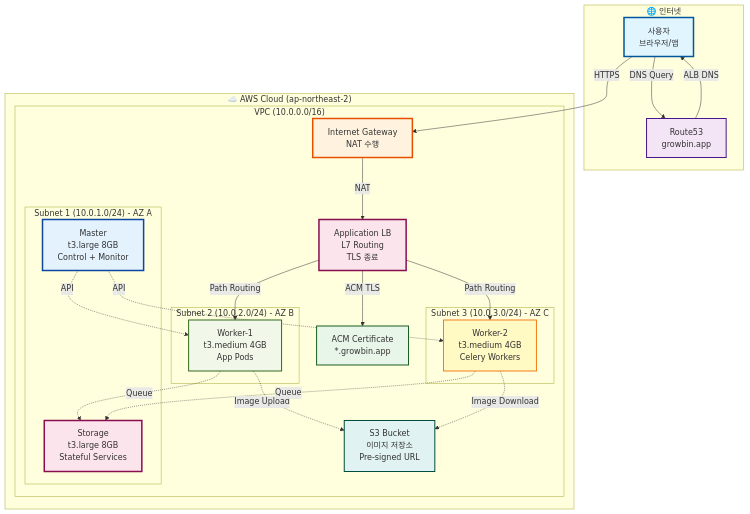
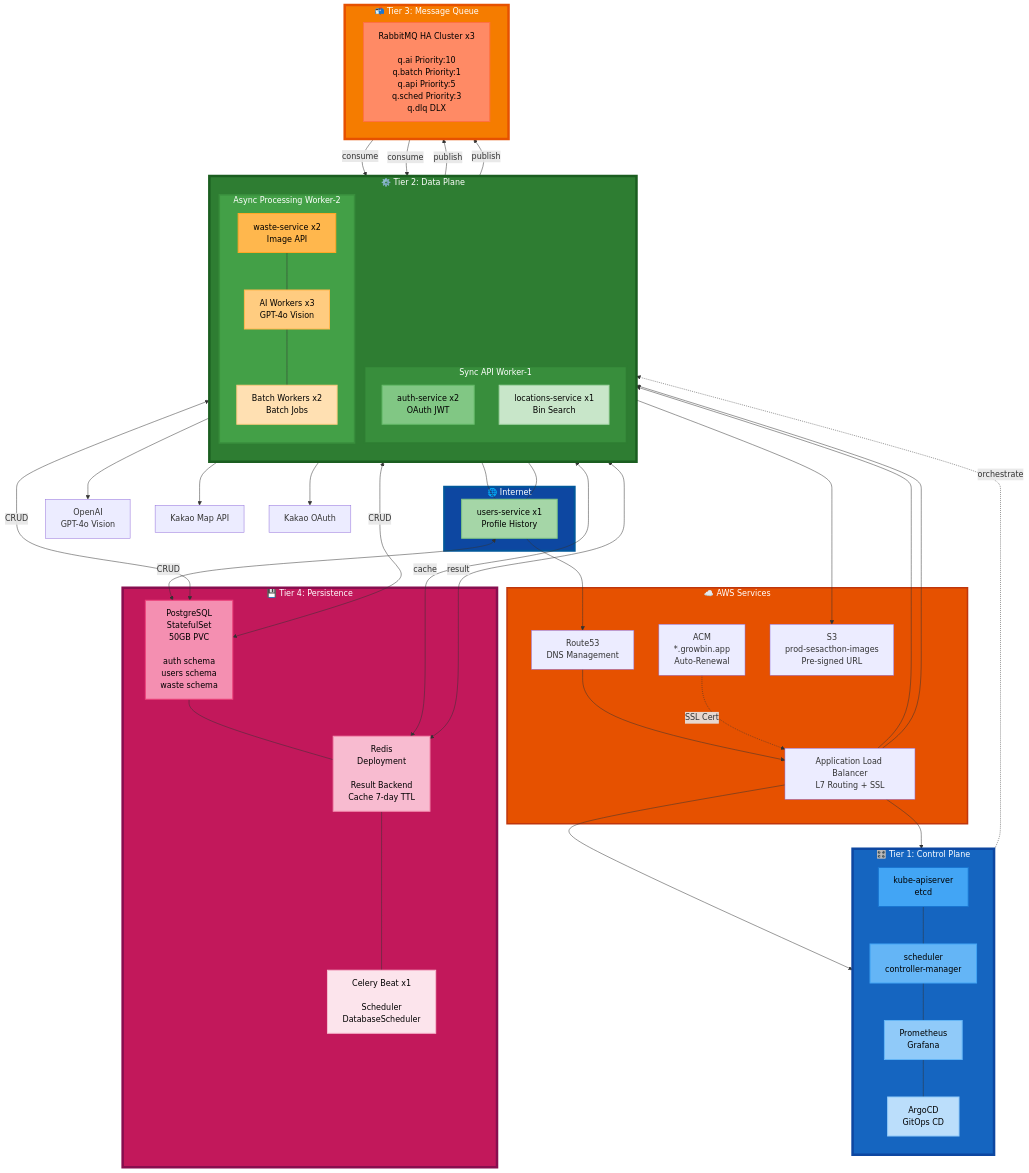
The first of 8 diagrams in docs/architecture/deployment-architecture-4node.md (eco2-team/backend), drawn with Mermaid before and after one commit. The commit also changed other lines of this file, not shown here.

First line of the commit message:
docs: Rewrite deployment-architecture-4node with 4-Tier Layered Architecture

````diff
--- a/docs/architecture/deployment-architecture-4node.md
+++ b/docs/architecture/deployment-architecture-4node.md
@@ -19,54 +57,110 @@
 ```mermaid
 graph TB
-    subgraph Internet["🌐 인터넷"]
-        User[사용자<br/>브라우저/앱]
-        DNS[Route53<br/>growbin.app]
+    subgraph Internet["🌐 Internet"]
+        Users["사용자<br/>Mobile App"]
     end
     
-    subgraph AWS["☁️ AWS Cloud (ap-northeast-2)"]
-        subgraph VPC["VPC (10.0.0.0/16)"]
-            IGW[Internet Gateway<br/>NAT 수행]
-            ACM[ACM Certificate<br/>*.growbin.app]
-            ALB[Application LB<br/>L7 Routing<br/>TLS 종료]
-            S3[S3 Bucket<br/>이미지 저장소<br/>Pre-signed URL]
-            
-            subgraph Subnet1["Subnet 1 (10.0.1.0/24) - AZ A"]
-                Master[Master<br/>t3.large 8GB<br/>Control + Monitor]
-                Storage[Storage<br/>t3.large 8GB<br/>Stateful Services]
-            end
-            
-            subgraph Subnet2["Subnet 2 (10.0.2.0/24) - AZ B"]
-                Worker1[Worker-1<br/>t3.medium 4GB<br/>App Pods]
-            end
-            
-            subgraph Subnet3["Subnet 3 (10.0.3.0/24) - AZ C"]
-                Worker2[Worker-2<br/>t3.medium 4GB<br/>Celery Workers]
-            end
-        end
+    subgraph AWS["☁️ AWS Services"]
+        Route53["Route53<br/>DNS Management"]
+        ALB["Application Load Balancer<br/>L7 Routing + SSL"]
+        ACM["ACM<br/>*.growbin.app<br/>Auto-Renewal"]
+        S3["S3<br/>prod-sesacthon-images<br/>Pre-signed URL"]
     end
     
-    User -->|DNS Query| DNS
-    DNS -->|ALB DNS| User
-    User -->|HTTPS| IGW
-    IGW -->|NAT| ALB
-    ALB -->|ACM TLS| ACM
-    ALB -->|Path Routing| Worker1
-    ALB -->|Path Routing| Worker2
-    Worker1 -.->|Image Upload| S3
-    Worker2 -.->|Image Download| S3
-    Master -.->|API| Worker1
-    Master -.->|API| Worker2
-    Worker1 -.->|Queue| Storage
-    Worker2 -.->|Queue| Storage
+    subgraph T1["🎛️ Tier 1: Control Plane"]
+        direction TB
+        API["kube-apiserver<br/>etcd"]
+        Sched["scheduler<br/>controller-manager"]
+        Monitor["Prometheus<br/>Grafana"]
+        GitOps["ArgoCD<br/>GitOps CD"]
+        
+        API --- Sched
+        Sched --- Monitor
+        Monitor --- GitOps
+    end
     
-    style User fill:#e1f5ff,stroke:#01579b,stroke-width:3px
-    style DNS fill:#f3e5f5,stroke:#4a148c,stroke-width:2px
-    style IGW fill:#fff3e0,stroke:#e65100,stroke-width:3px
-    style ALB fill:#fce4ec,stroke:#880e4f,stroke-width:3px
-    style ACM fill:#e8f5e9,stroke:#1b5e20,stroke-width:2px
-    style S3 fill:#e0f2f1,stroke:#004d40,stroke-width:2px
-    style Master fill:#e3f2fd,stroke:#0d47a1,stroke-width:3px
-    style Worker1 fill:#f1f8e9,stroke:#33691e,stroke-width:2px
-    style Worker2 fill:#fff9c4,stroke:#f57f17,stroke-width:2px
-    style Storage fill:#fce4ec,stroke:#880e4f,stroke-width:3px
+    subgraph T2["⚙️ Tier 2: Data Plane"]
+        direction TB
+        
+        subgraph Sync["Sync API Worker-1"]
+            Auth["auth-service x2<br/>OAuth JWT"]
+            Users["users-service x1<br/>Profile History"]
+            Loc["locations-service x1<br/>Bin Search"]
+        end
+        
+        subgraph Async["Async Processing Worker-2"]
+            Waste["waste-service x2<br/>Image API"]
+            AIW["AI Workers x3<br/>GPT-4o Vision"]
+            BatchW["Batch Workers x2<br/>Batch Jobs"]
+        end
+        
+        Auth --- Users
+        Users --- Loc
+        Waste --- AIW
+        AIW --- BatchW
+    end
+    
+    subgraph T3["📬 Tier 3: Message Queue"]
+        RMQ["RabbitMQ HA Cluster x3<br/><br/>q.ai Priority:10<br/>q.batch Priority:1<br/>q.api Priority:5<br/>q.sched Priority:3<br/>q.dlq DLX"]
+    end
+    
+    subgraph T4["💾 Tier 4: Persistence"]
+        DB["PostgreSQL<br/>StatefulSet<br/>50GB PVC<br/><br/>auth schema<br/>users schema<br/>waste schema"]
+        RedisDB["Redis<br/>Deployment<br/><br/>Result Backend<br/>Cache 7-day TTL"]
+        BeatSvc["Celery Beat x1<br/><br/>Scheduler<br/>DatabaseScheduler"]
+        
+        DB --- RedisDB
+        RedisDB --- BeatSvc
+    end
+    
+    Users --> Route53
+    Route53 --> ALB
+    ACM -.->|SSL Cert| ALB
+    
+    ALB --> Auth
+    ALB --> Waste
+    ALB --> GitOps
+    ALB --> Monitor
+    
+    T1 -.->|orchestrate| T2
+    
+    Auth -->|publish| T3
+    Waste -->|publish| T3
+    T3 -->|consume| AIW
+    T3 -->|consume| BatchW
+    
+    Auth <-->|CRUD| DB
+    Users <-->|CRUD| DB
+    Waste <-->|CRUD| DB
+    
+    Waste <-->|cache| RedisDB
+    AIW <-->|result| RedisDB
+    
+    Waste --> S3
+    AIW --> OpenAI["OpenAI<br/>GPT-4o Vision"]
+    Loc --> Kakao["Kakao Map API"]
+    Auth --> KakaoOAuth["Kakao OAuth"]
+    
+    style Internet fill:#0d47a1,color:#fff,stroke:#01579b,stroke-width:4px
+    style AWS fill:#e65100,color:#fff,stroke:#bf360c,stroke-width:3px
+    style T1 fill:#1565c0,color:#fff,stroke:#0d47a1,stroke-width:5px
+    style T2 fill:#2e7d32,color:#fff,stroke:#1b5e20,stroke-width:5px
+    style T3 fill:#f57c00,color:#fff,stroke:#e65100,stroke-width:5px
+    style T4 fill:#c2185b,color:#fff,stroke:#880e4f,stroke-width:5px
+    style Sync fill:#388e3c,color:#fff,stroke:#2e7d32,stroke-width:3px
+    style Async fill:#43a047,color:#fff,stroke:#388e3c,stroke-width:3px
+    style API fill:#42a5f5,color:#000,stroke:#1976d2,stroke-width:2px
+    style Sched fill:#64b5f6,color:#000,stroke:#42a5f5,stroke-width:2px
+    style Monitor fill:#90caf9,color:#000,stroke:#64b5f6,stroke-width:2px
+    style GitOps fill:#bbdefb,color:#000,stroke:#90caf9,stroke-width:2px
+    style Auth fill:#81c784,color:#000,stroke:#66bb6a,stroke-width:2px
+    style Users fill:#a5d6a7,color:#000,stroke:#81c784,stroke-width:2px
+    style Loc fill:#c8e6c9,color:#000,stroke:#a5d6a7,stroke-width:2px
+    style Waste fill:#ffb74d,color:#000,stroke:#ffa726,stroke-width:2px
+    style AIW fill:#ffcc80,color:#000,stroke:#ffb74d,stroke-width:2px
+    style BatchW fill:#ffe0b2,color:#000,stroke:#ffcc80,stroke-width:2px
+    style RMQ fill:#ff8a65,color:#000,stroke:#ff7043,stroke-width:2px
+    style DB fill:#f48fb1,color:#000,stroke:#ec407a,stroke-width:2px
+    style RedisDB fill:#f8bbd0,color:#000,stroke:#f48fb1,stroke-width:2px
+    style BeatSvc fill:#fce4ec,color:#000,stroke:#f8bbd0,stroke-width:2px
 ```
````
